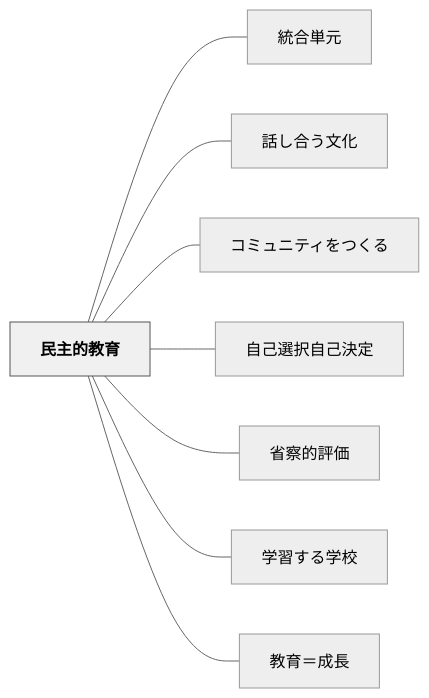
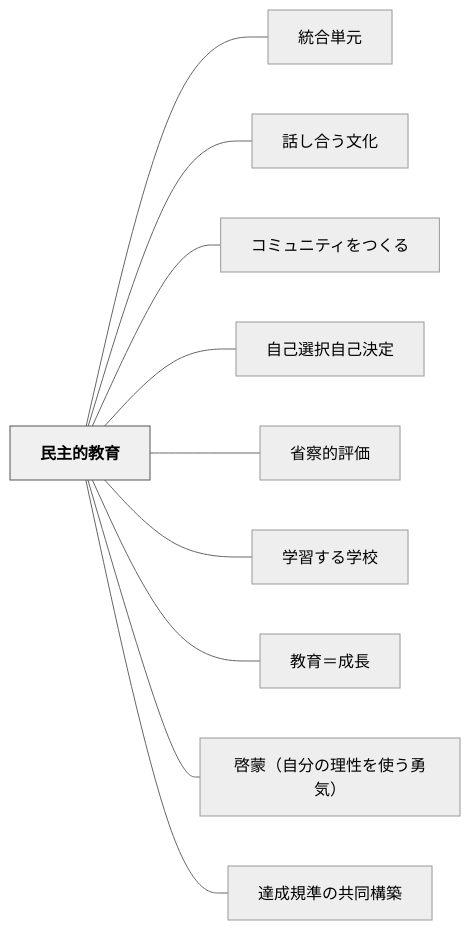
One commit to unknownthings-ed-patterns/unknownthings-ed-patterns changed the diagram in content/パタン/民主的教育.md. Above: the diagram before and after it, drawn with Mermaid (neutral theme). The commit also changed other lines of this file and 16 other files, not shown here.

````diff
--- a/content/パタン/民主的教育.md
+++ b/content/パタン/民主的教育.md
@@ -139,22 +152,26 @@
 ```mermaid
 flowchart LR
     ne6b091e4b8bbe79a84e69599e882b2["民主的教育"]
     ne7b5b1e59088e58d98e58583["統合単元"]
     ne8a9b1e38197e59088e38186e69687e58c96["話し合う文化"]
     ne382b3e3839fe383a5e3838be38386e382a3e38292e381a4e3818fe3828b["コミュニティをつくる"]
     ne887aae5b7b1e981b8e68a9ee887aae5b7b1e6b1bae5ae9a["自己選択自己決定"]
     ne79c81e5af9fe79a84e8a995e4bea1["省察的評価"]
     ne5ada6e7bf92e38199e3828be5ada6e6a0a1["学習する学校"]
     ne69599e882b2efbc9de68890e995b7["教育＝成長"]
+    ne59593e89299efbc88e887aae58886e381aee79086e680a7e38292e4bdbfe38186e58b87e6b097efbc89["啓蒙（自分の理性を使う勇気）"]
+    ne98194e68890e8a68fe6ba96e381aee585b1e5908ce6a78be7af89["達成規準の共同構築"]
 
     ne6b091e4b8bbe79a84e69599e882b2 --- ne7b5b1e59088e58d98e58583
     ne6b091e4b8bbe79a84e69599e882b2 --- ne8a9b1e38197e59088e38186e69687e58c96
     ne6b091e4b8bbe79a84e69599e882b2 --- ne382b3e3839fe383a5e3838be38386e382a3e38292e381a4e3818fe3828b
     ne6b091e4b8bbe79a84e69599e882b2 --- ne887aae5b7b1e981b8e68a9ee887aae5b7b1e6b1bae5ae9a
     ne6b091e4b8bbe79a84e69599e882b2 --- ne79c81e5af9fe79a84e8a995e4bea1
     ne6b091e4b8bbe79a84e69599e882b2 --- ne5ada6e7bf92e38199e3828be5ada6e6a0a1
     ne6b091e4b8bbe79a84e69599e882b2 --- ne69599e882b2efbc9de68890e995b7
+    ne6b091e4b8bbe79a84e69599e882b2 --- ne59593e89299efbc88e887aae58886e381aee79086e680a7e38292e4bdbfe38186e58b87e6b097efbc89
+    ne6b091e4b8bbe79a84e69599e882b2 --- ne98194e68890e8a68fe6ba96e381aee585b1e5908ce6a78be7af89
 
     classDef hub fill:#f0f0f0,stroke:#555,color:#000,font-weight:bold
     class ne6b091e4b8bbe79a84e69599e882b2 hub
 ```
````
